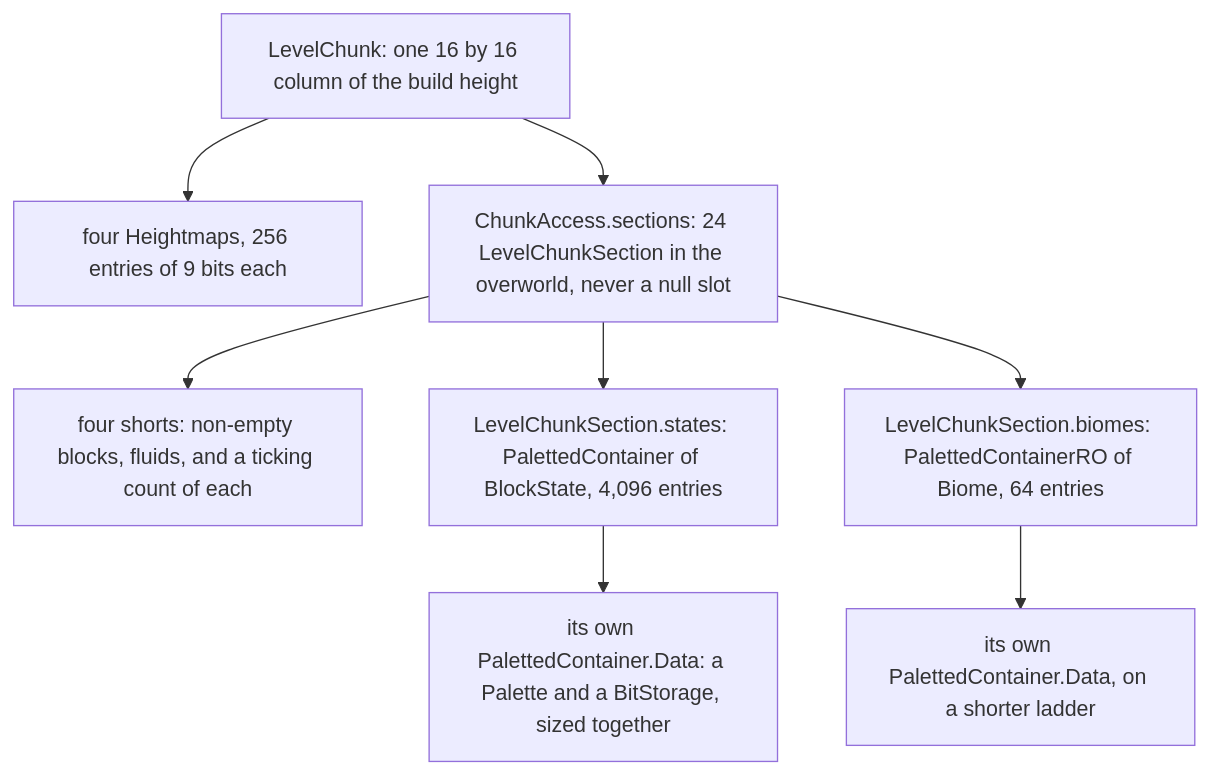
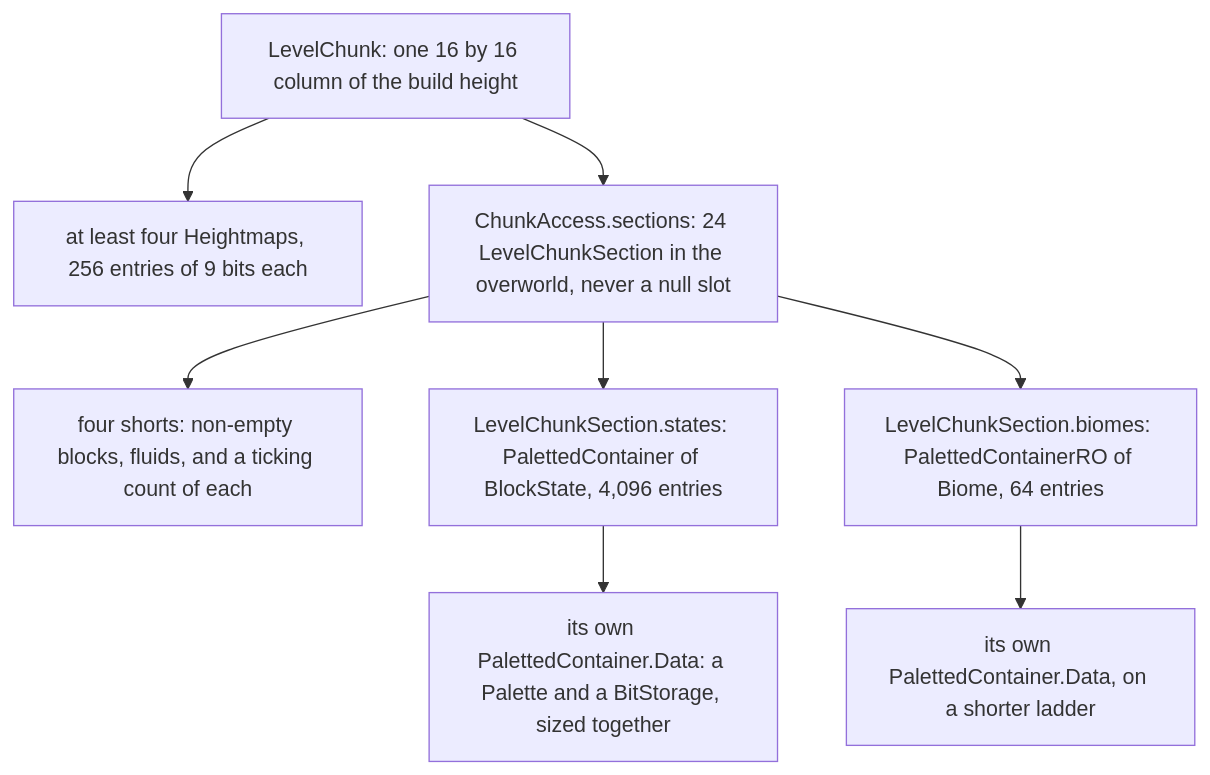
Before and after one commit to AlexanderjFraser/MinecraftDocs: the second of 2 diagrams in src/systems/world/chunk-anatomy.md, drawn with Mermaid. The commit also changed other lines of this file and 20 other files, not shown here.

````diff
--- a/src/systems/world/chunk-anatomy.md
+++ b/src/systems/world/chunk-anatomy.md
@@ -168,18 +173,18 @@
 ```mermaid
 flowchart TD
     LC["LevelChunk: one 16 by 16 column of the build height"]
-    HM["four Heightmaps, 256 entries of 9 bits each"]
+    HM["at least four Heightmaps, 256 entries of 9 bits each"]
     ARR["ChunkAccess.sections: 24 LevelChunkSection in the overworld, never a null slot"]
     CNT["four shorts: non-empty blocks, fluids, and a ticking count of each"]
     ST["LevelChunkSection.states: PalettedContainer of BlockState, 4,096 entries"]
     BIO["LevelChunkSection.biomes: PalettedContainerRO of Biome, 64 entries"]
     D1["its own PalettedContainer.Data: a Palette and a BitStorage, sized together"]
     D2["its own PalettedContainer.Data, on a shorter ladder"]
     LC --> HM
     LC --> ARR
     ARR --> CNT
     ARR --> ST
     ARR --> BIO
     ST --> D1
     BIO --> D2
 ```
````
